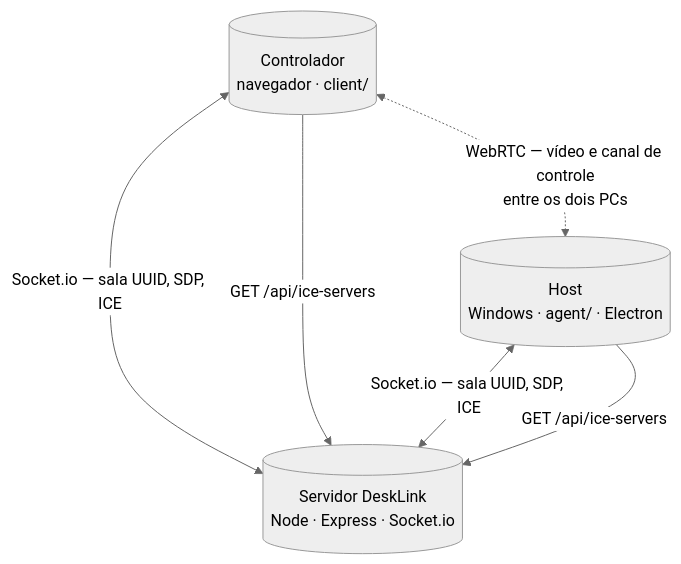
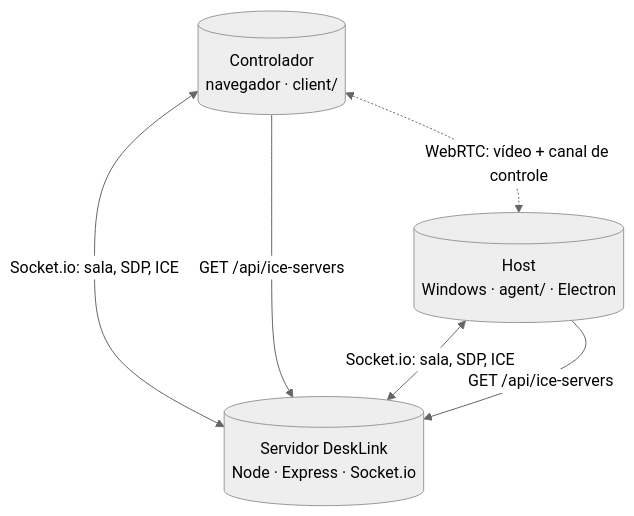
One commit to ramirodavi/desklink changed the diagram in README.md. Above: the diagram before and after it, drawn with Mermaid (neutral theme). The commit also changed other lines of this file and 23 other files, not shown here.

Commit message:
adds multi-monitor switching (F8), smoother scrolling, and minor improvs across control flow, branding/build, and README docs.

````diff
--- a/README.md
+++ b/README.md
@@ -21,13 +32,13 @@
 ```mermaid
 flowchart TB
   S[("Servidor DeskLink\nNode · Express · Socket.io")]
   C[("Controlador\nnavegador · client/")]
   A[("Host\nWindows · agent/ · Electron")]
 
-  C <-->|Socket.io — sala UUID, SDP, ICE| S
-  A <-->|Socket.io — sala UUID, SDP, ICE| S
+  C <-->|Socket.io: sala, SDP, ICE| S
+  A <-->|Socket.io: sala, SDP, ICE| S
   C -->|GET /api/ice-servers| S
   A -->|GET /api/ice-servers| S
 
-  C <-.->|WebRTC — vídeo e canal de controle\nentre os dois PCs| A
+  C <-.->|WebRTC: vídeo + canal de controle| A
 ```
````
